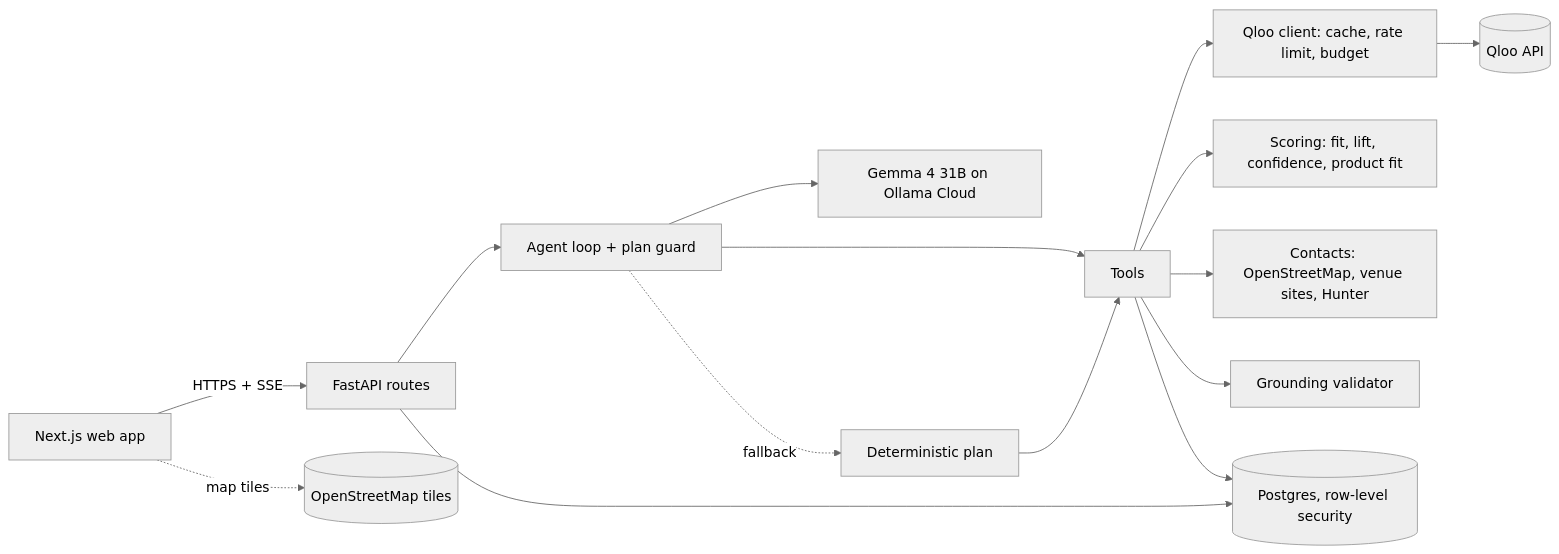
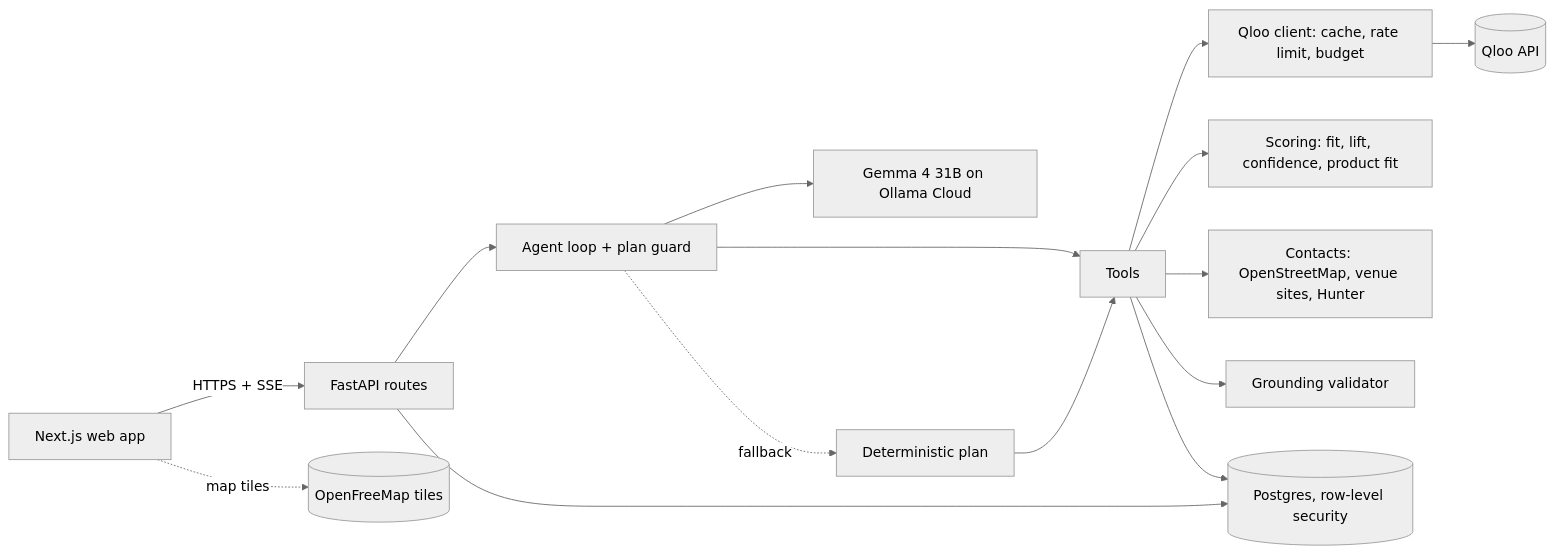
The diagram in README.md (divyanshu-patil/TasteRoute), drawn with Mermaid (neutral theme) before and after one commit. The commit also changed other lines of this file and 12 other files, not shown here.

Commit message:
feat(web): colourful map on MapLibre with OpenFreeMap vector tiles, showing only food and drink places and famous sights (no transit, shields, airports or other shops); OSM raster fallback; worker served from public/ [UI-01, UI-04]

````diff
--- a/README.md
+++ b/README.md
@@ -55,15 +55,15 @@
 ```mermaid
 flowchart LR
   W[Next.js web app] -- HTTPS + SSE --> R[FastAPI routes]
   R --> AG[Agent loop + plan guard]
   AG --> LLM[Gemma 4 31B on Ollama Cloud]
   AG --> T[Tools]
   AG -. fallback .-> DP[Deterministic plan] --> T
   T --> Q[Qloo client: cache, rate limit, budget] --> QL[(Qloo API)]
   T --> S[Scoring: fit, lift, confidence, product fit]
   T --> X[Contacts: OpenStreetMap, venue sites, Hunter]
   T --> G[Grounding validator]
   R --> DB[(Postgres, row-level security)]
   T --> DB
-  W -. map tiles .-> OSM[(OpenStreetMap tiles)]
+  W -. map tiles .-> OSM[(OpenFreeMap tiles)]
 ```
````
